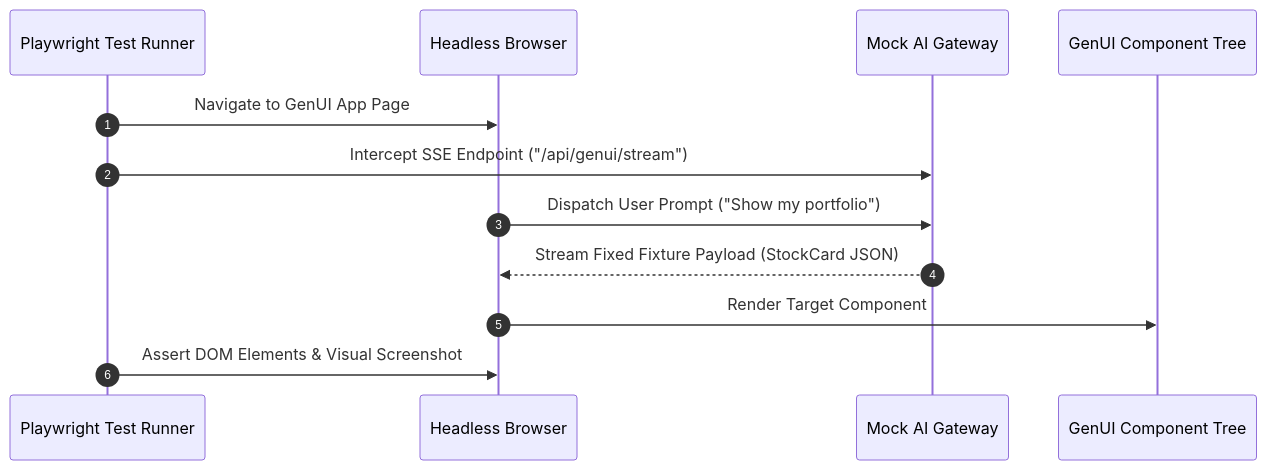
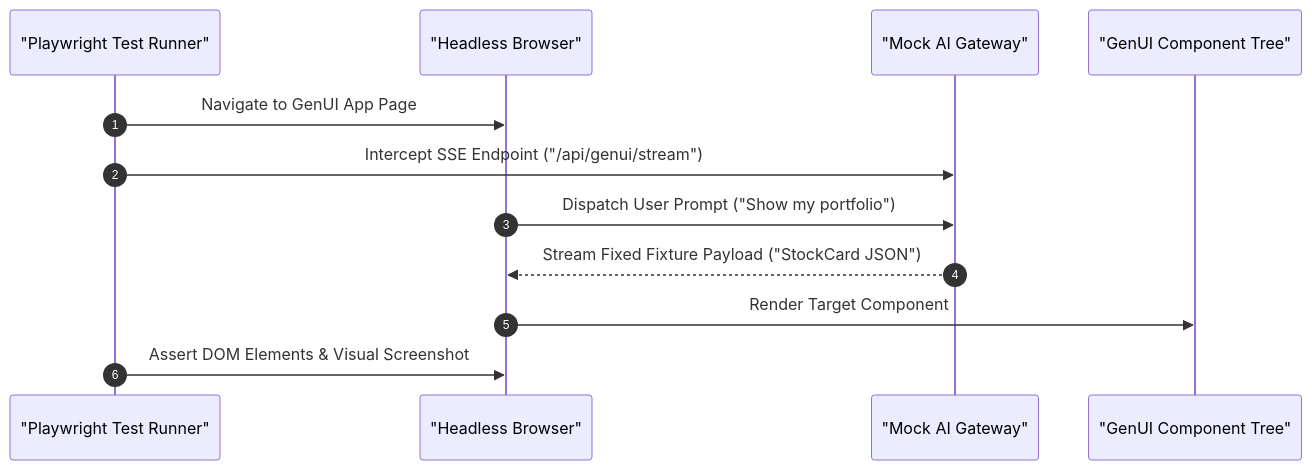
One commit to vesviet/vesviet changed the second of 4 diagrams in content/series/generative-ui-architecture/part-6-e2e-testing-edge.md. Above: the diagram before and after it, drawn with Mermaid. The commit also changed other lines of this file and 331 other files, not shown here.

````diff
--- a/content/series/generative-ui-architecture/part-6-e2e-testing-edge.md
+++ b/content/series/generative-ui-architecture/part-6-e2e-testing-edge.md
@@ -55,15 +56,15 @@
 ```mermaid
 sequenceDiagram
     autonumber
-    participant Playwright as Playwright Test Runner
-    participant Browser as Headless Browser
-    participant MockServer as Mock AI Gateway
-    participant Component as GenUI Component Tree
+    participant Playwright as "Playwright Test Runner"
+    participant Browser as "Headless Browser"
+    participant MockServer as "Mock AI Gateway"
+    participant Component as "GenUI Component Tree"
 
     Playwright->>Browser: Navigate to GenUI App Page
     Playwright->>MockServer: Intercept SSE Endpoint ("/api/genui/stream")
     Browser->>MockServer: Dispatch User Prompt ("Show my portfolio")
-    MockServer-->>Browser: Stream Fixed Fixture Payload (StockCard JSON)
+    MockServer-->>Browser: Stream Fixed Fixture Payload ("StockCard JSON")
     Browser->>Component: Render Target Component
     Playwright->>Browser: Assert DOM Elements & Visual Screenshot
 ```
````
